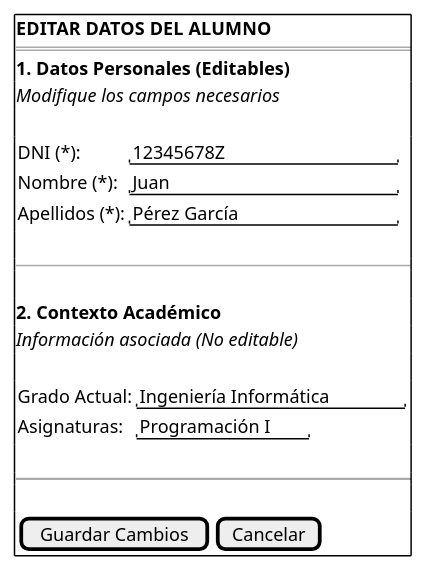
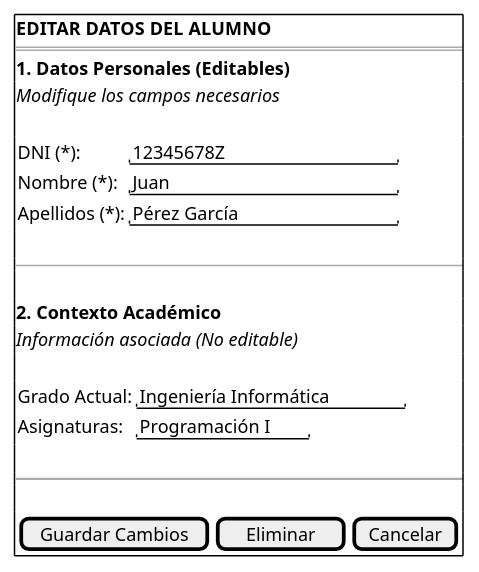
One commit to martinlopez7/25-26-IdSw1-SdR changed the diagram in documents/casos-de-uso/prototipadoCasosDeUso/editarAlumno/editarAlumno.puml. Above: the diagram before and after it, drawn with PlantUML. The commit also changed 1 other file, not shown here.

Commit message:
Fix(cu): Añadir el boton de eliminar al caso de uso de editarAlumno [refs #98]

```diff
--- a/documents/casos-de-uso/prototipadoCasosDeUso/editarAlumno/editarAlumno.puml
+++ b/documents/casos-de-uso/prototipadoCasosDeUso/editarAlumno/editarAlumno.puml
@@ -1,28 +1,28 @@
 @startsalt editarAlumno_CORREGIDO
 {+
     <b>EDITAR DATOS DEL ALUMNO</b>
     ===
     <b>1. Datos Personales (Editables)</b>
     <i>Modifique los campos necesarios</i>
     .
     {
         DNI (*):       | "12345678Z             "
         Nombre (*):    | "Juan                  "
         Apellidos (*): | "Pérez García          "
     }
     .
     --
     .
     <b>2. Contexto Académico</b>
     <i>Información asociada (No editable)</i>
     .
     {
         Grado Actual: | "Ingeniería Informática"
         Asignaturas:  | "Programación I"
     }
     .
     ~~
     .
-    { [Guardar Cambios] | [Cancelar] }
+    { [Guardar Cambios] | [ Eliminar ] | [Cancelar] }
 }
 @endsalt
```
